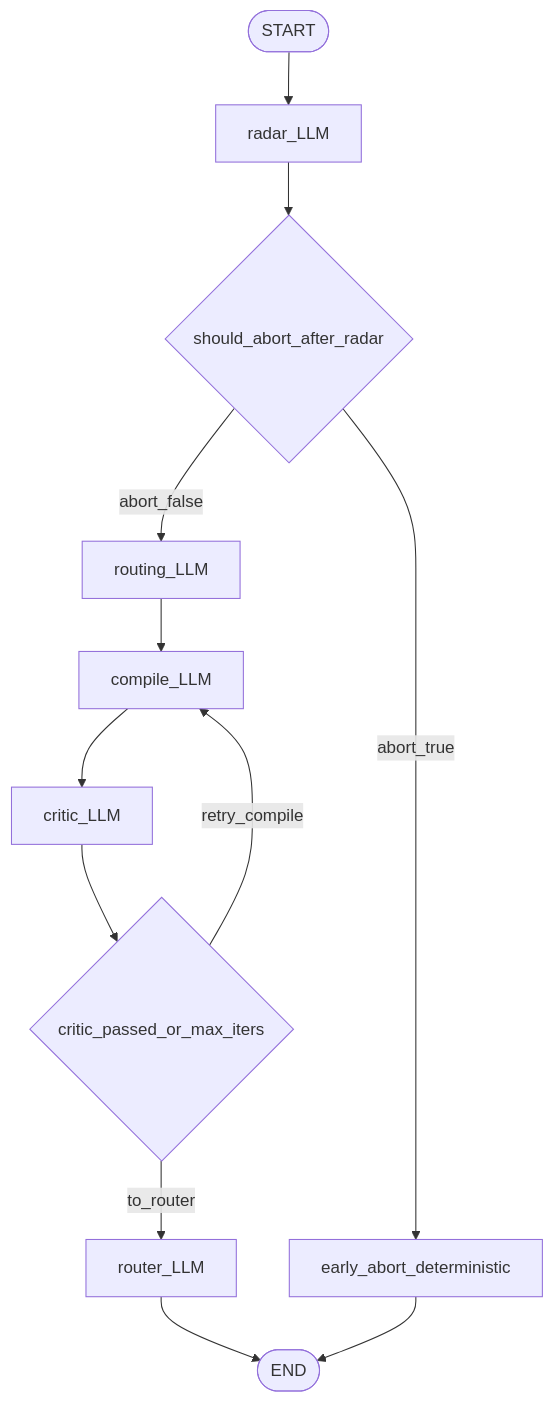
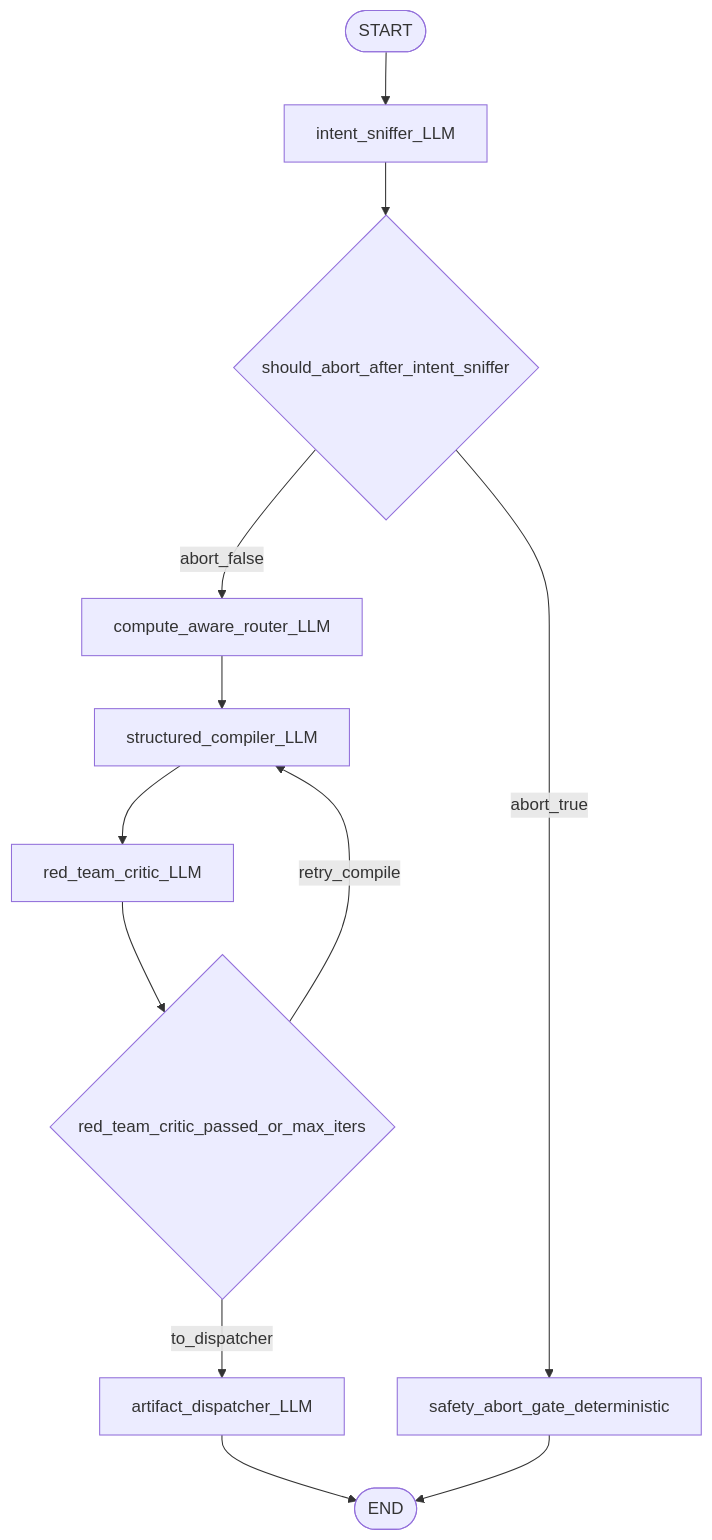
The second of 5 diagrams in docs/CLI_INVOCATION_FLOW.md (RimmonXIA/Prompt_Polisher), drawn with Mermaid before and after one commit. The commit also changed other lines of this file and 6 other files, not shown here.

Commit message:
docs: synchronize all theory and flow documentation; bump version to 0.2.0

````diff
--- a/docs/CLI_INVOCATION_FLOW.md
+++ b/docs/CLI_INVOCATION_FLOW.md
@@ -45,25 +45,25 @@
 ```mermaid
 flowchart TD
   startNode([START])
-  radar[radar_LLM]
-  gate{should_abort_after_radar}
-  earlyAbort[early_abort_deterministic]
-  routing[routing_LLM]
-  compile[compile_LLM]
-  critic[critic_LLM]
-  afterCritic{critic_passed_or_max_iters}
-  router[router_LLM]
+  intent_sniffer[intent_sniffer_LLM]
+  gate{should_abort_after_intent_sniffer}
+  safetyAbortGate[safety_abort_gate_deterministic]
+  compute_aware_router[compute_aware_router_LLM]
+  structured_compiler[structured_compiler_LLM]
+  red_team_critic[red_team_critic_LLM]
+  afterCritic{red_team_critic_passed_or_max_iters}
+  artifact_dispatcher[artifact_dispatcher_LLM]
   endNode([END])
 
-  startNode --> radar
-  radar --> gate
-  gate -->|abort_true| earlyAbort
-  gate -->|abort_false| routing
-  routing --> compile
-  compile --> critic
-  critic --> afterCritic
-  afterCritic -->|retry_compile| compile
-  afterCritic -->|to_router| router
-  router --> endNode
-  earlyAbort --> endNode
+  startNode --> intent_sniffer
+  intent_sniffer --> gate
+  gate -->|abort_true| safetyAbortGate
+  gate -->|abort_false| compute_aware_router
+  compute_aware_router --> structured_compiler
+  structured_compiler --> red_team_critic
+  red_team_critic --> afterCritic
+  afterCritic -->|retry_compile| structured_compiler
+  afterCritic -->|to_dispatcher| artifact_dispatcher
+  artifact_dispatcher --> endNode
+  safetyAbortGate --> endNode
 ```
````
